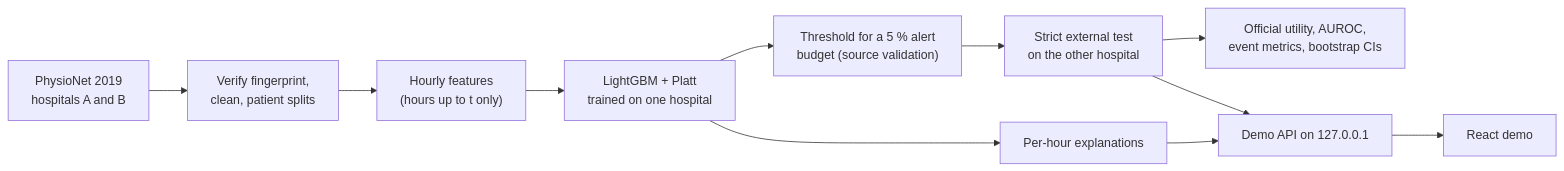
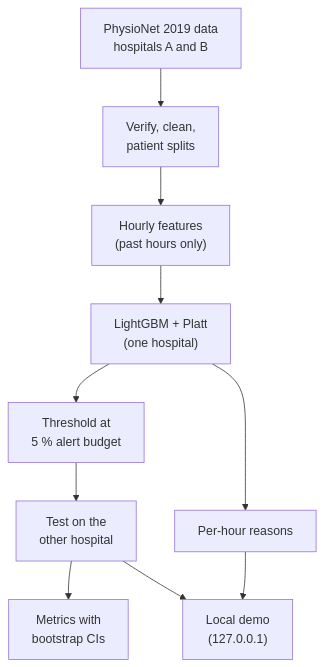
One commit to kabir-sinha/sepsiscope changed the diagram in README.md. Above: the diagram before and after it, drawn with Mermaid. The commit also changed other lines of this file, not shown here.

````diff
--- a/README.md
+++ b/README.md
@@ -75,13 +72,12 @@
 ```mermaid
-flowchart LR
-    A["PhysioNet 2019<br/>hospitals A and B"] --> B["Verify fingerprint,<br/>clean, patient splits"]
-    B --> C["Hourly features<br/>(hours up to t only)"]
-    C --> D["LightGBM + Platt<br/>trained on one hospital"]
-    D --> E["Threshold for a 5 % alert<br/>budget (source validation)"]
-    E --> F["Strict external test<br/>on the other hospital"]
-    F --> G["Official utility, AUROC,<br/>event metrics, bootstrap CIs"]
-    D --> H["Per-hour explanations"]
-    F --> I["Demo API on 127.0.0.1"]
+flowchart TD
+    A["PhysioNet 2019 data<br/>hospitals A and B"] --> B["Verify, clean,<br/>patient splits"]
+    B --> C["Hourly features<br/>(past hours only)"]
+    C --> D["LightGBM + Platt<br/>(one hospital)"]
+    D --> E["Threshold at<br/>5 % alert budget"]
+    E --> F["Test on the<br/>other hospital"]
+    F --> G["Metrics with<br/>bootstrap CIs"]
+    D --> H["Per-hour reasons"]
+    F --> I["Local demo<br/>(127.0.0.1)"]
     H --> I
-    I --> J["React demo"]
 ```
````
